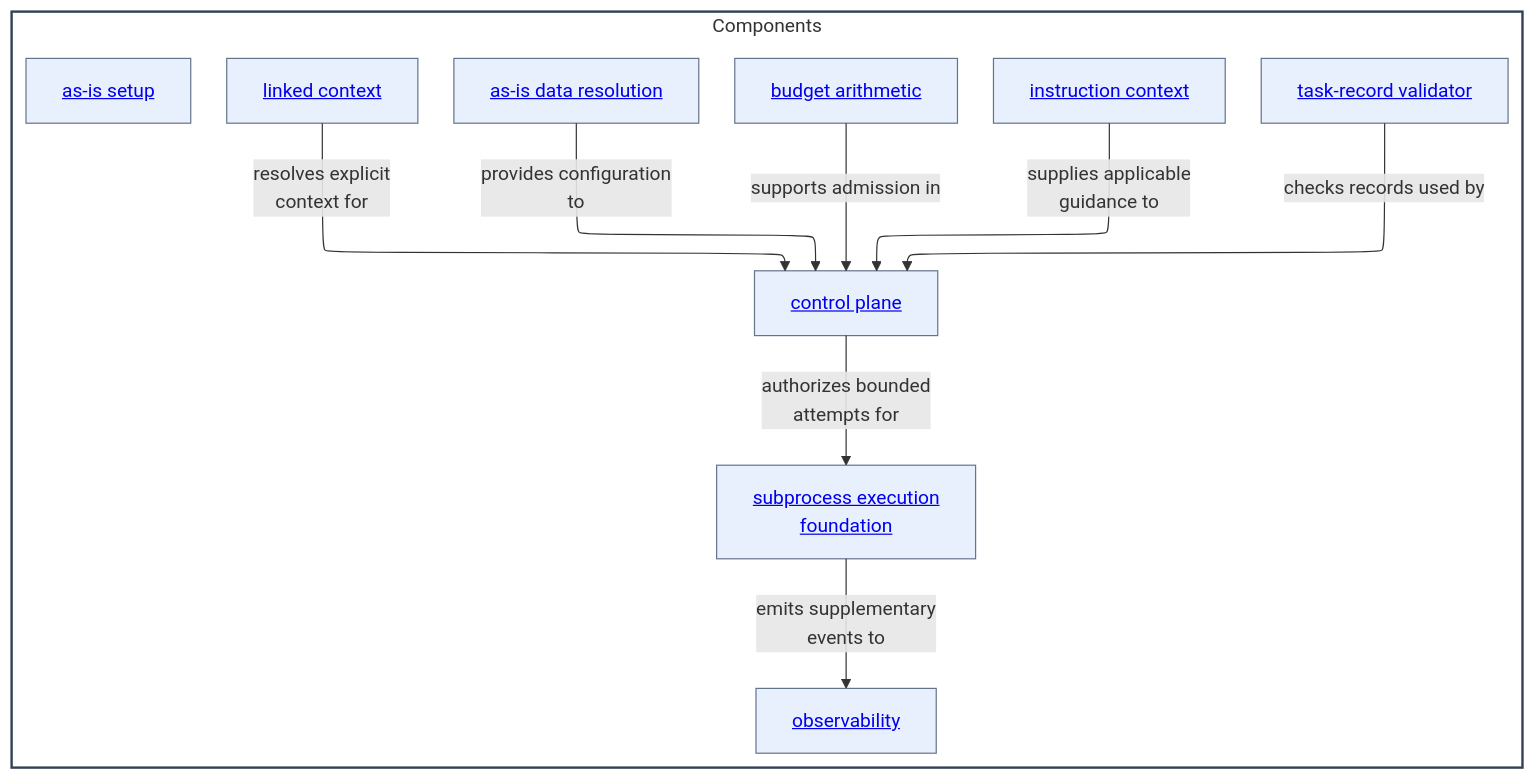
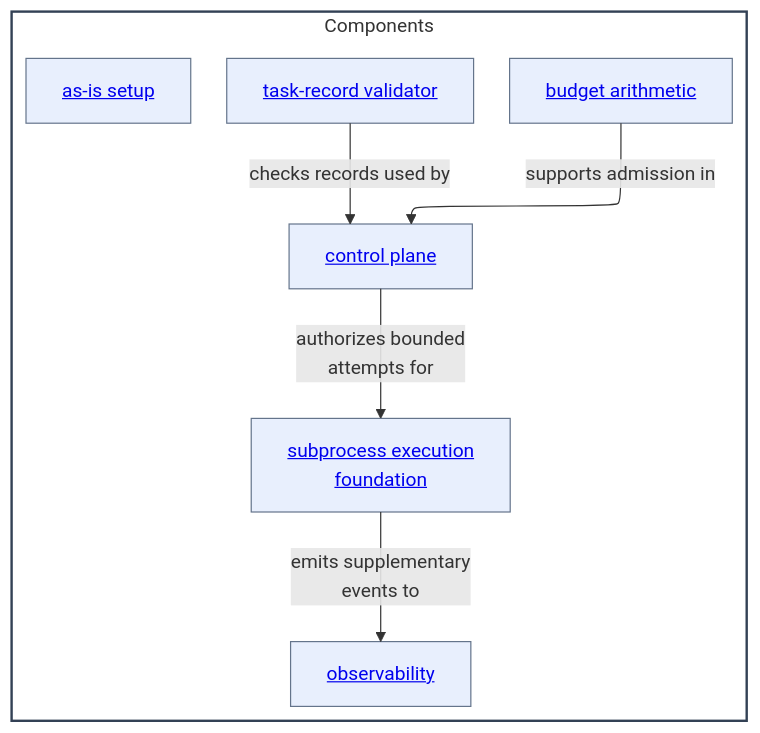
Before and after one commit to abstract-business-systems/as-is: the diagram in components/as-is.md, drawn with Mermaid. The commit also changed other lines of this file and 26 other files, not shown here.

Commit message:
refactor(core): migrate context resolution family

````diff
--- a/components/as-is.md
+++ b/components/as-is.md
@@ -30,32 +27,26 @@
 ```mermaid
 ---
 config:
   layout: elk
 ---
 %%{init: {"securityLevel": "loose"}}%%
 flowchart TB
     subgraph Components["Components"]
         direction TB
-        Data["<a href='./as-is-data/as-is.md#design'>as-is data resolution</a>"]
         Setup["<a href='./as-is-setup/as-is.md#design'>as-is setup</a>"]
         Budget["<a href='./budget-control/as-is.md#design'>budget arithmetic</a>"]
-        Instructions["<a href='./instruction-context/as-is.md#design'>instruction context</a>"]
-        Linked["<a href='./linked-context/as-is.md#design'>linked context</a>"]
         Validator["<a href='./task-record-validator/as-is.md#design'>task-record validator</a>"]
         Control["<a href='./control-plane/as-is.md#design'>control plane</a>"]
         Subprocess["<a href='./subprocess-execution-foundation/as-is.md#design'>subprocess execution<br/>foundation</a>"]
         Observability["<a href='./observability/as-is.md#design'>observability</a>"]
 
-        Data -->|provides configuration<br/>to| Control
         Budget -->|supports admission in| Control
-        Instructions -->|supplies applicable<br/>guidance to| Control
         Control -->|authorizes bounded<br/>attempts for| Subprocess
         Subprocess -->|emits supplementary<br/>events to| Observability
         Validator -->|checks records used by| Control
-        Linked -->|resolves explicit<br/>context for| Control
     end
     classDef component fill:#f8fafc,fill-opacity:0.1,stroke:#334155,stroke-width:2px
     classDef child fill:#2563eb,fill-opacity:0.1,stroke:#64748b,stroke-width:1px
     class Components component
-    class Data,Setup,Budget,Control,Instructions,Linked,Observability,Subprocess,Validator child
+    class Setup,Budget,Control,Observability,Subprocess,Validator child
 ```
````
